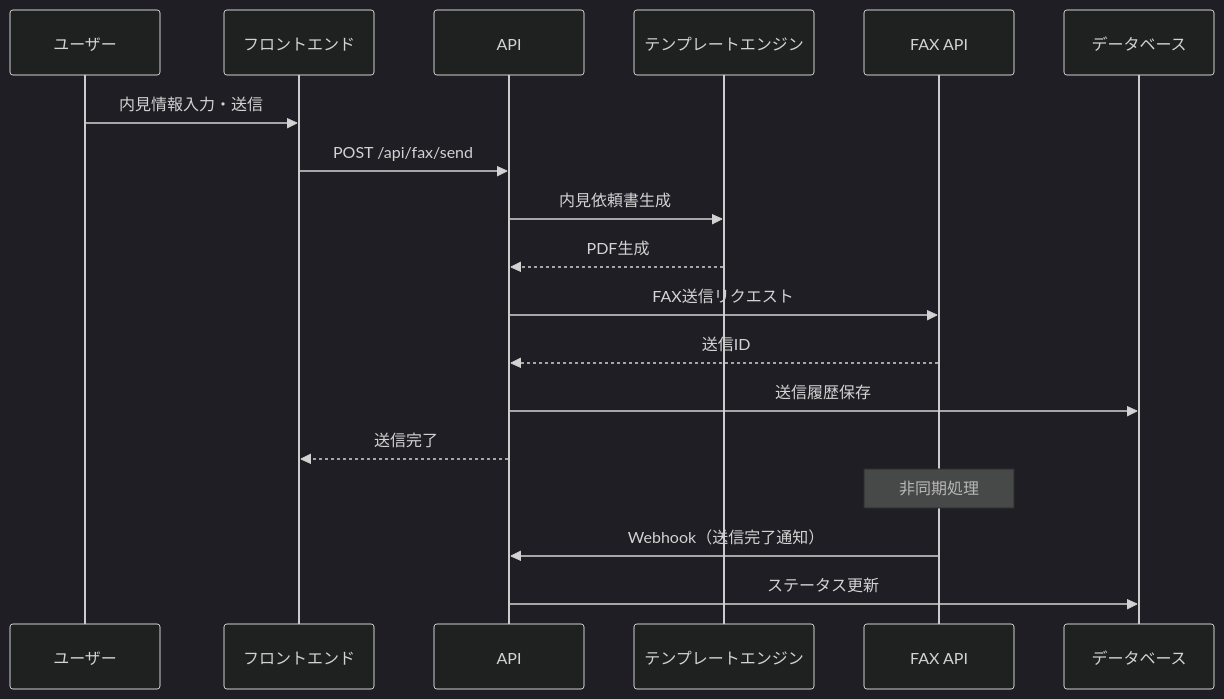
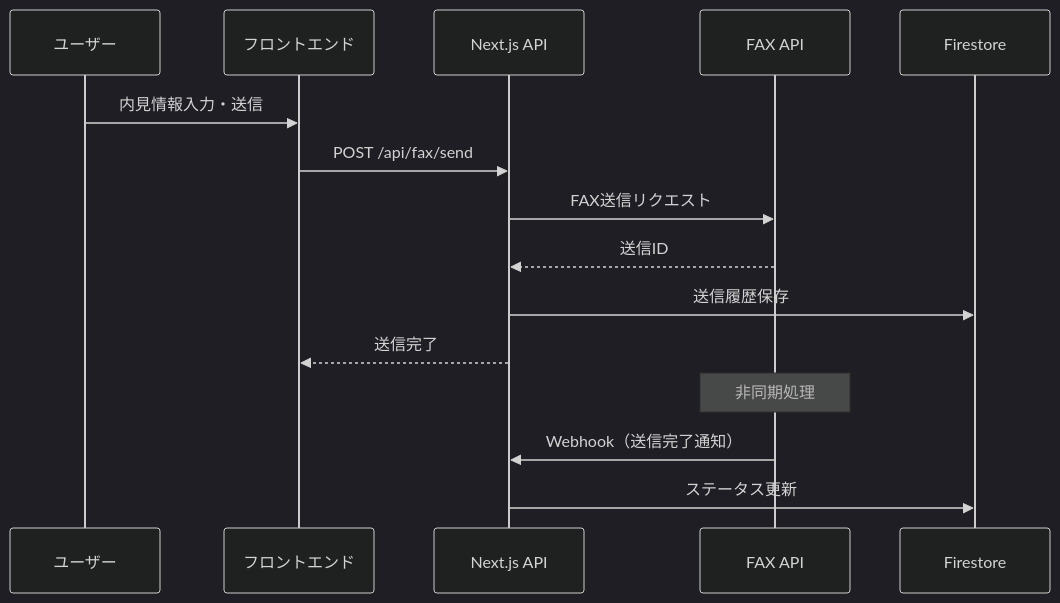
The second of 3 diagrams in 不動産業界特化faxアプリmvp開発計画_e704833d.plan.md (informationdentee-spec/dentee-eeFax), drawn with Mermaid (dark theme) before and after one commit. The commit also changed other lines of this file and 1 other file, not shown here.

Commit message:
Revise implementation plans to use Firebase-based lightweight architecture

````diff
--- a/不動産業界特化faxアプリmvp開発計画_e704833d.plan.md
+++ b/不動産業界特化faxアプリmvp開発計画_e704833d.plan.md
@@ -564,22 +450,19 @@
 ```mermaid
 sequenceDiagram
     participant User as ユーザー
     participant Frontend as フロントエンド
-    participant API as API
-    participant Template as テンプレートエンジン
+    participant API as Next.js API
     participant FaxAPI as FAX API
-    participant DB as データベース
+    participant Firestore as Firestore
     
     User->>Frontend: 内見情報入力・送信
     Frontend->>API: POST /api/fax/send
-    API->>Template: 内見依頼書生成
-    Template-->>API: PDF生成
     API->>FaxAPI: FAX送信リクエスト
     FaxAPI-->>API: 送信ID
-    API->>DB: 送信履歴保存
+    API->>Firestore: 送信履歴保存
     API-->>Frontend: 送信完了
     
     Note over FaxAPI: 非同期処理
     FaxAPI->>API: Webhook（送信完了通知）
-    API->>DB: ステータス更新
+    API->>Firestore: ステータス更新
 ```
````
